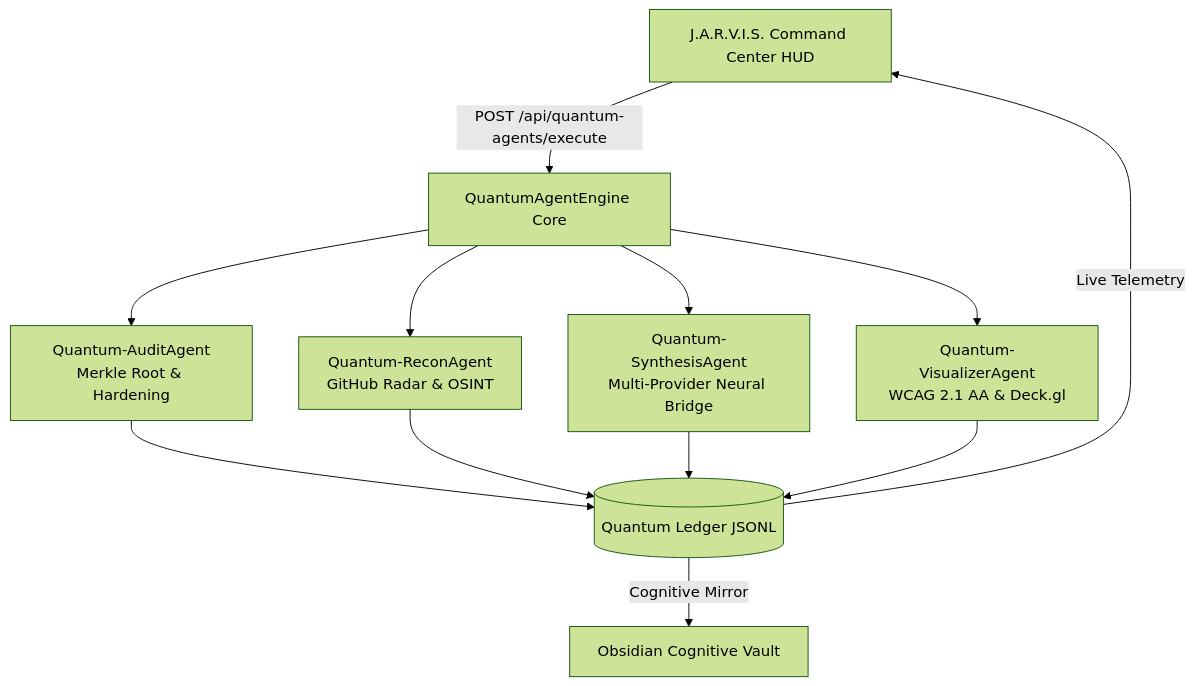
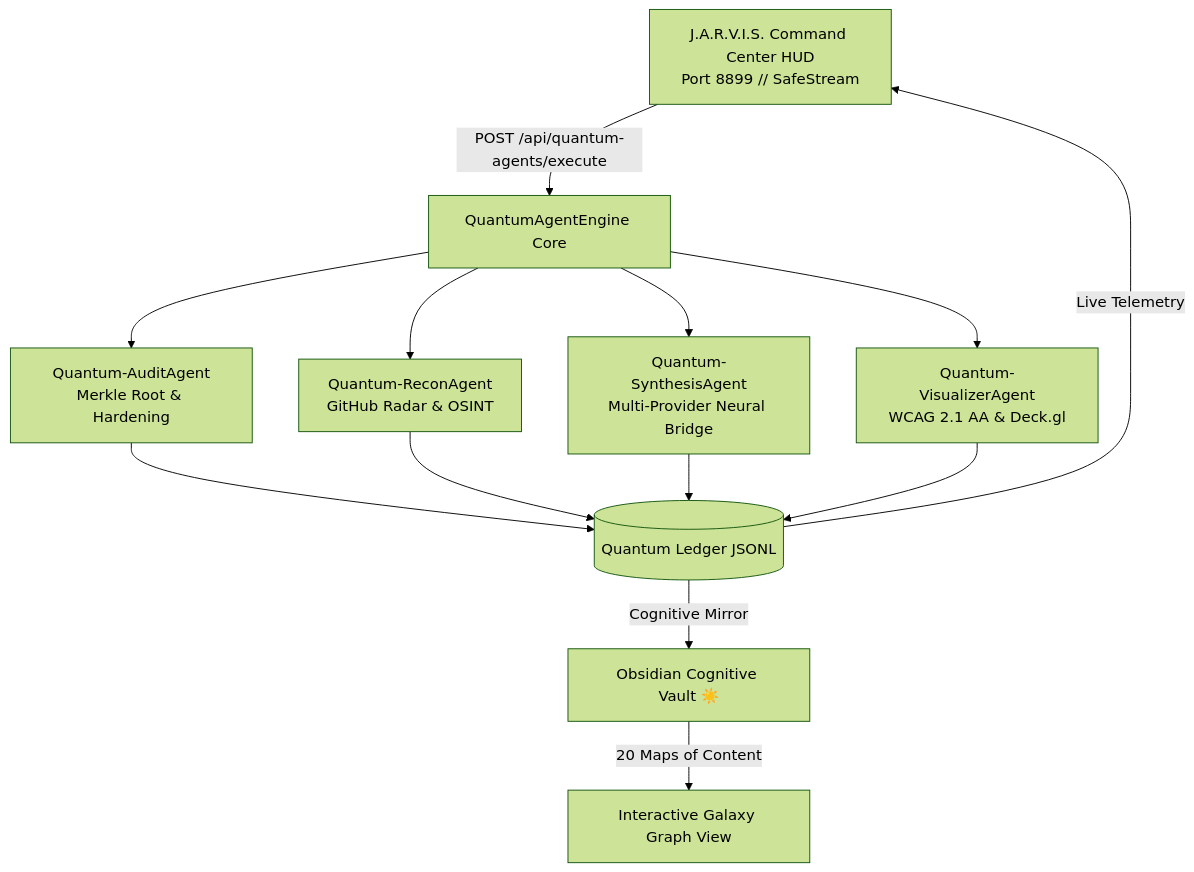
Before and after one commit to robertoatila/jarvis-skill-registry: the diagram in README.md, drawn with Mermaid (forest theme). The commit also changed other lines of this file, not shown here.

Commit message:
docs(readme): upgrade to 100k+ star standard with verified metrics, star history, and full visual architecture

````diff
--- a/README.md
+++ b/README.md
@@ -84,14 +91,15 @@
 ```mermaid
 graph TD
-    HUD[J.A.R.V.I.S. Command Center HUD] -->|POST /api/quantum-agents/execute| Engine[QuantumAgentEngine Core]
+    HUD[J.A.R.V.I.S. Command Center HUD<br/>Port 8899 // SafeStream] -->|POST /api/quantum-agents/execute| Engine[QuantumAgentEngine Core]
     Engine --> A1[Quantum-AuditAgent<br/>Merkle Root & Hardening]
     Engine --> A2[Quantum-ReconAgent<br/>GitHub Radar & OSINT]
     Engine --> A3[Quantum-SynthesisAgent<br/>Multi-Provider Neural Bridge]
     Engine --> A4[Quantum-VisualizerAgent<br/>WCAG 2.1 AA & Deck.gl]
     A1 --> Ledger[(Quantum Ledger JSONL)]
     A2 --> Ledger
     A3 --> Ledger
     A4 --> Ledger
     Ledger -->|Live Telemetry| HUD
-    Ledger -->|Cognitive Mirror| Obsidian[Obsidian Cognitive Vault]
+    Ledger -->|Cognitive Mirror| Obsidian[Obsidian Cognitive Vault ☀️]
+    Obsidian -->|20 Maps of Content| Galaxy[Interactive Galaxy Graph View]
 ```
````
